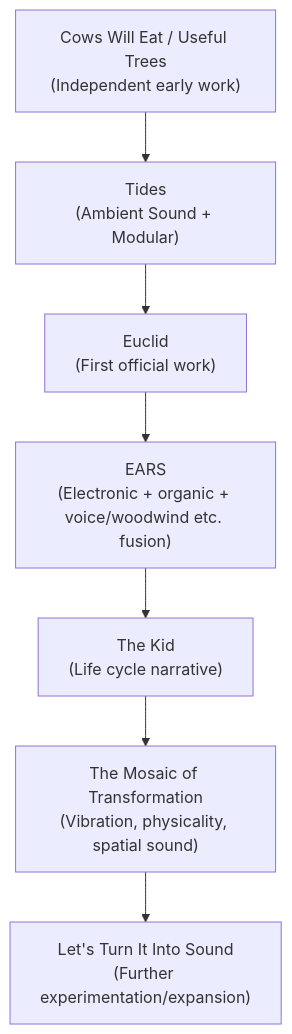
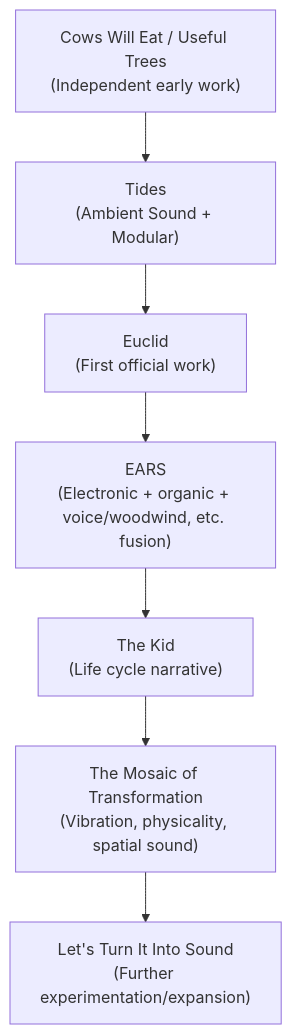
Before and after one commit to monumental-movement/monumental-movement.github.io: the second of 2 diagrams in en/_posts/2025-12-01-column-kaitlyn-aurelia-smith.md, drawn with Mermaid. The commit also changed other lines of this file and 395 other files, not shown here.

```diff
--- a/en/_posts/2025-12-01-column-kaitlyn-aurelia-smith.md
+++ b/en/_posts/2025-12-01-column-kaitlyn-aurelia-smith.md
@@ -151,12 +151,12 @@
 <div class="mermaid">
 graph TD
     A12["Cows Will Eat / Useful Trees<br>(Independent early work)"] 
     A14["Tides<br>(Ambient Sound + Modular)"] 
     A15["Euclid<br>(First official work)"] 
-    B16["EARS<br>(Electronic + organic + voice/woodwind etc. fusion)"] 
+    B16["EARS<br>(Electronic + organic + voice/woodwind, etc. fusion)"] 
     C17["The Kid<br>(Life cycle narrative)"] 
     D20["The Mosaic of Transformation<br>(Vibration, physicality, spatial sound)"] 
     E22["Let's Turn It Into Sound<br>(Further experimentation/expansion)"] 
 
     A12 --> A14 --> A15 --> B16 --> C17 --> D20 --> E22
 </div>
```
